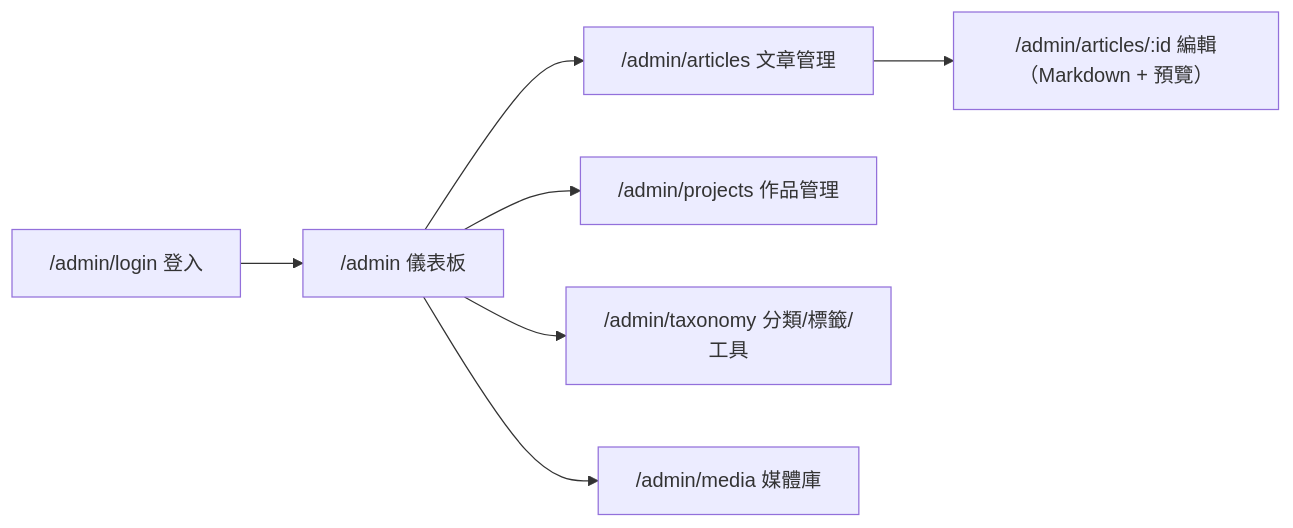
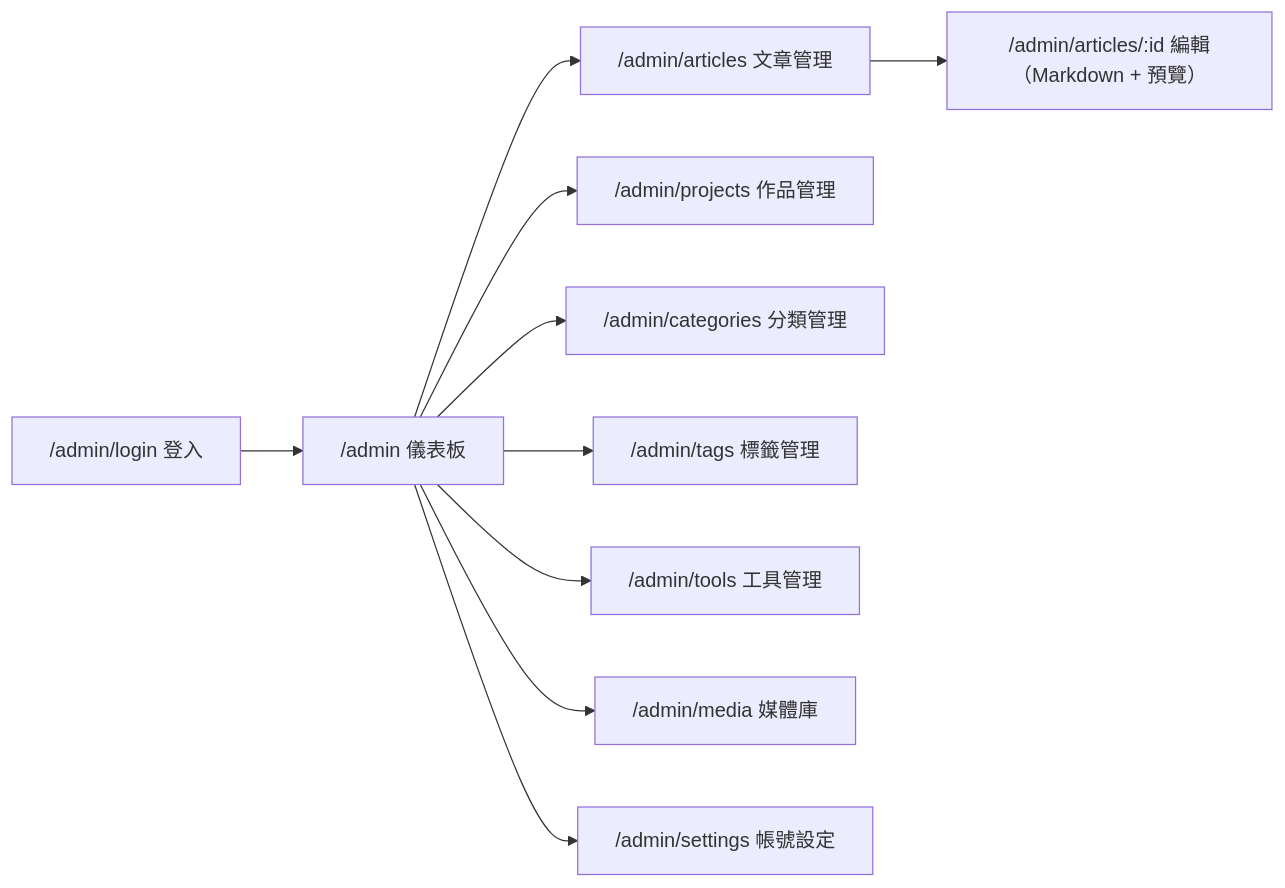
Before and after one commit to leo031523/website: the ninth of 10 diagrams in require_docs/系統規格書V2.md, drawn with Mermaid. The commit also changed other lines of this file and 2 other files, not shown here.

````diff
--- a/require_docs/系統規格書V2.md
+++ b/require_docs/系統規格書V2.md
@@ -566,9 +572,12 @@
 ```mermaid
 flowchart LR
     Login["/admin/login 登入"] --> Dash["/admin 儀表板"]
     Dash --> AdminArticles["/admin/articles 文章管理"]
     Dash --> AdminProjects["/admin/projects 作品管理"]
-    Dash --> AdminTaxonomy["/admin/taxonomy 分類/標籤/工具"]
+    Dash --> AdminCategories["/admin/categories 分類管理"]
+    Dash --> AdminTags["/admin/tags 標籤管理"]
+    Dash --> AdminTools["/admin/tools 工具管理"]
     Dash --> AdminMedia["/admin/media 媒體庫"]
+    Dash --> AdminSettings["/admin/settings 帳號設定"]
     AdminArticles --> Editor["/admin/articles/:id 編輯（Markdown + 預覽）"]
 ```
````
